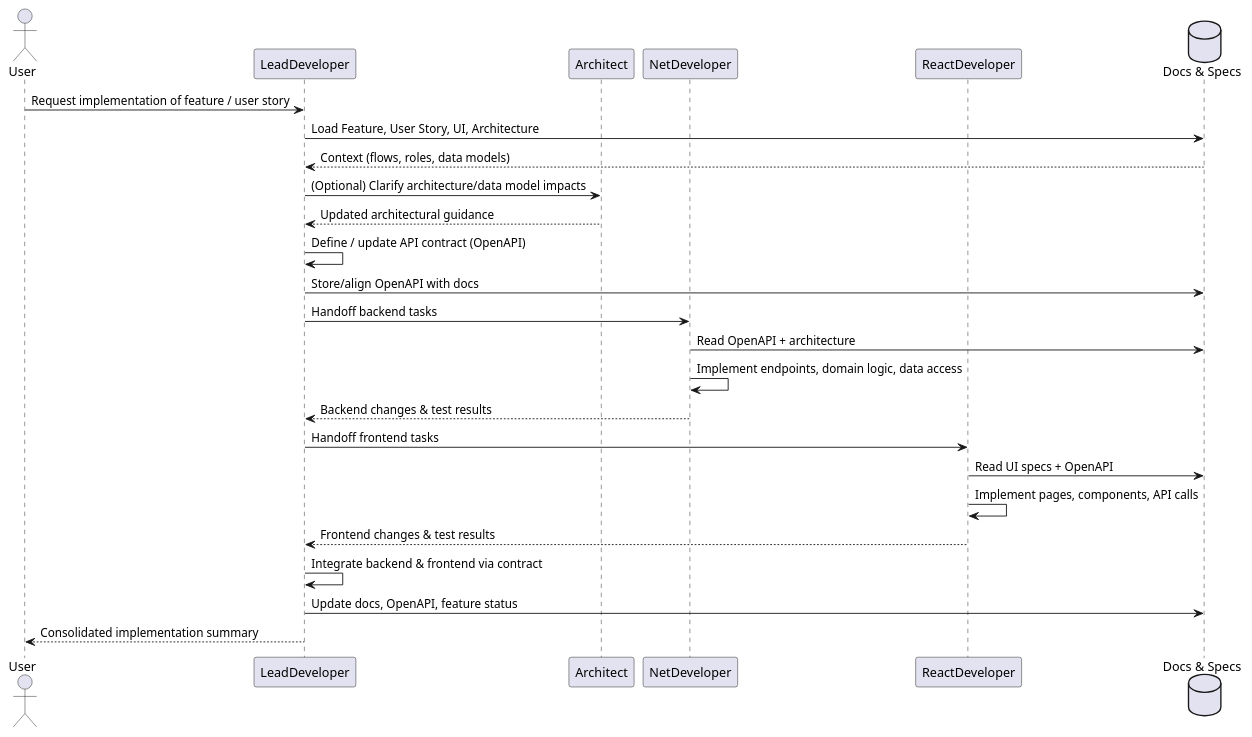
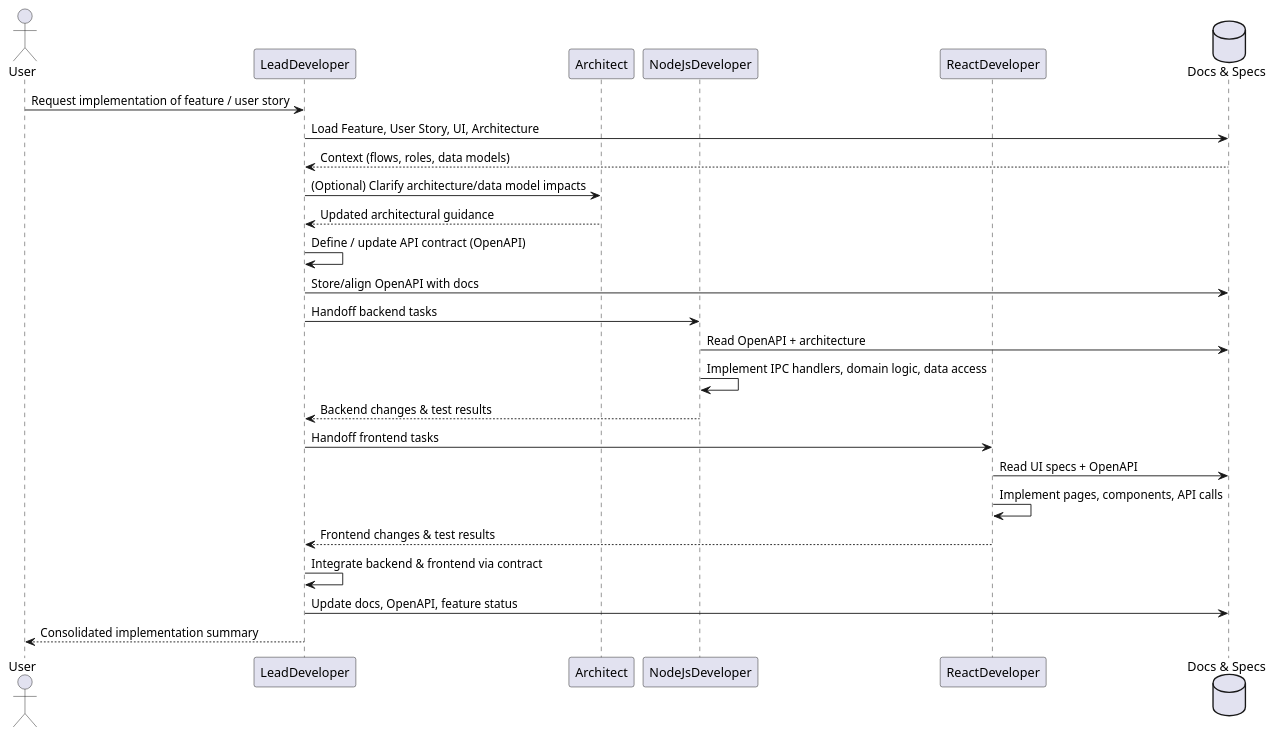
One commit to MrMuu88/Agents changed the diagram in workflows/Implementation.workflow.md. Above: the diagram before and after it, drawn with PlantUML. The commit also changed other lines of this file and 1 other file, not shown here.

Commit message:
modified workflow and lead dev to use NodeJS developer for BE work

````diff
--- a/workflows/Implementation.workflow.md
+++ b/workflows/Implementation.workflow.md
@@ -124,35 +124,35 @@
 ```plantuml
 @startuml ContractFirstImplementation
 actor User as U
 participant "LeadDeveloper" as LD
 participant "Architect" as ARCH
-participant "NetDeveloper" as ND
+participant "NodeJsDeveloper" as ND
 participant "ReactDeveloper" as RD
 database "Docs & Specs" as DOCS
 
 U -> LD: Request implementation of feature / user story
 LD -> DOCS: Load Feature, User Story, UI, Architecture
 DOCS --> LD: Context (flows, roles, data models)
 
 LD -> ARCH: (Optional) Clarify architecture/data model impacts
 ARCH --> LD: Updated architectural guidance
 
 LD -> LD: Define / update API contract (OpenAPI)
 LD -> DOCS: Store/align OpenAPI with docs
 
 LD -> ND: Handoff backend tasks
 ND -> DOCS: Read OpenAPI + architecture
-ND -> ND: Implement endpoints, domain logic, data access
+ND -> ND: Implement IPC handlers, domain logic, data access
 ND --> LD: Backend changes & test results
 
 LD -> RD: Handoff frontend tasks
 RD -> DOCS: Read UI specs + OpenAPI
 RD -> RD: Implement pages, components, API calls
 RD --> LD: Frontend changes & test results
 
 LD -> LD: Integrate backend & frontend via contract
 LD -> DOCS: Update docs, OpenAPI, feature status
 
 LD --> U: Consolidated implementation summary
 @enduml
 ```
````
